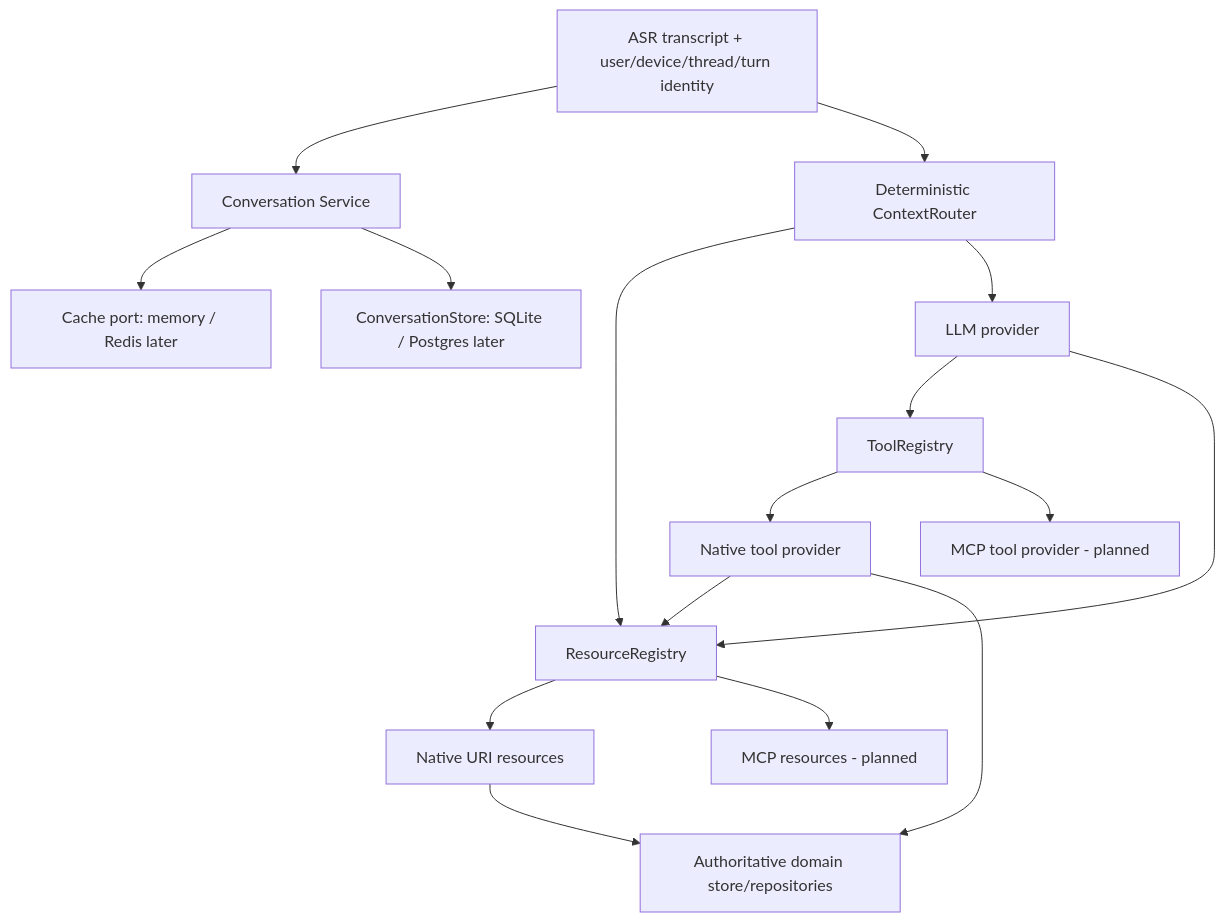
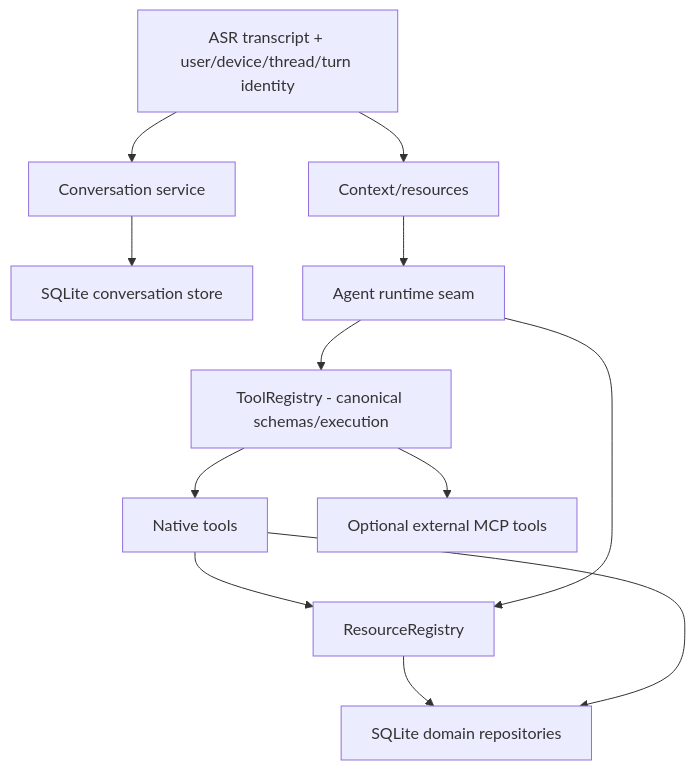
Before and after one commit to diepgiahuy/ai-companion: the second of 2 diagrams in docs/ARCHITECTURE.md, drawn with Mermaid. The commit also changed other lines of this file, not shown here.

Commit message:
docs: align implementation architecture with single product path

````diff
--- a/docs/ARCHITECTURE.md
+++ b/docs/ARCHITECTURE.md
@@ -81,18 +102,14 @@
 ```mermaid
 flowchart TD
-    Turn["ASR transcript + user/device/thread/turn identity"] --> Conversation["Conversation Service"]
-    Conversation --> Cache["Cache port: memory / Redis later"]
-    Conversation --> History["ConversationStore: SQLite / Postgres later"]
-    Turn --> Router["Deterministic ContextRouter"]
-    Router --> Resources
-    Router --> Agent["LLM provider"]
-    Agent --> Tools["ToolRegistry"]
-    Tools --> NativeTools["Native tool provider"]
-    Tools --> MCPTools["MCP tool provider - planned"]
+    Turn["ASR transcript + user/device/thread/turn identity"] --> Conversation["Conversation service"]
+    Conversation --> History["SQLite conversation store"]
+    Turn --> Context["Context/resources"]
+    Context --> Agent["Agent runtime seam"]
+    Agent --> Tools["ToolRegistry - canonical schemas/execution"]
+    Tools --> NativeTools["Native tools"]
+    Tools --> MCPTools["Optional external MCP tools"]
     NativeTools --> Resources["ResourceRegistry"]
     Agent --> Resources
-    Resources --> NativeResources["Native URI resources"]
-    Resources --> MCPResources["MCP resources - planned"]
-    NativeTools --> Domain["Authoritative domain store/repositories"]
-    NativeResources --> Domain
+    Resources --> Domain["SQLite domain repositories"]
+    NativeTools --> Domain
 ```
````
